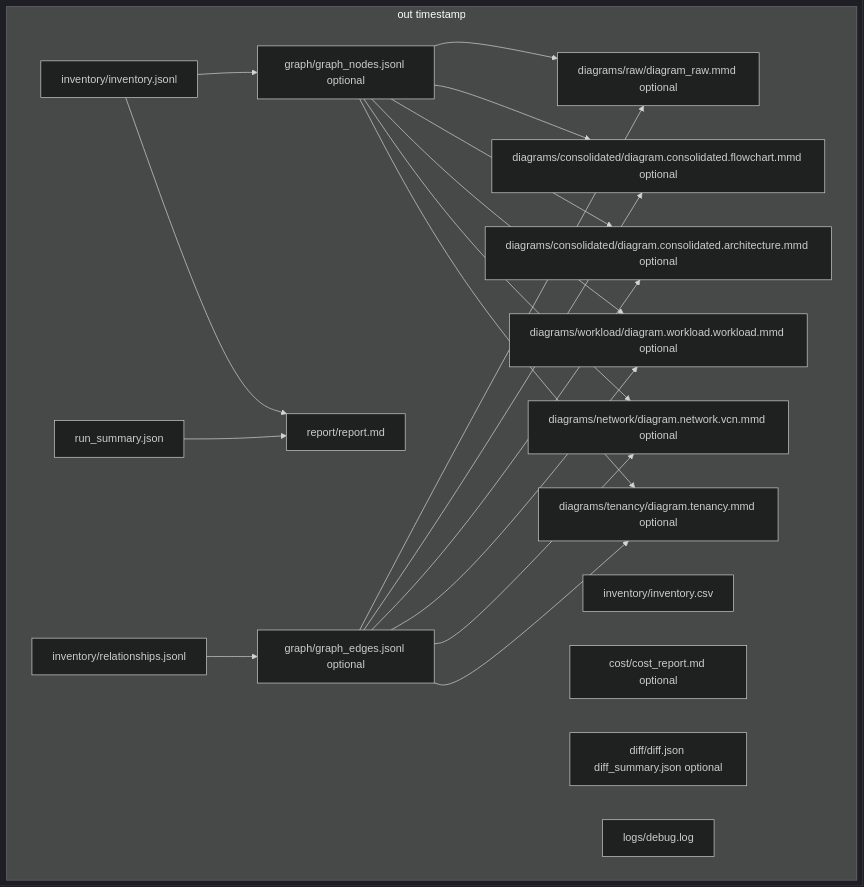
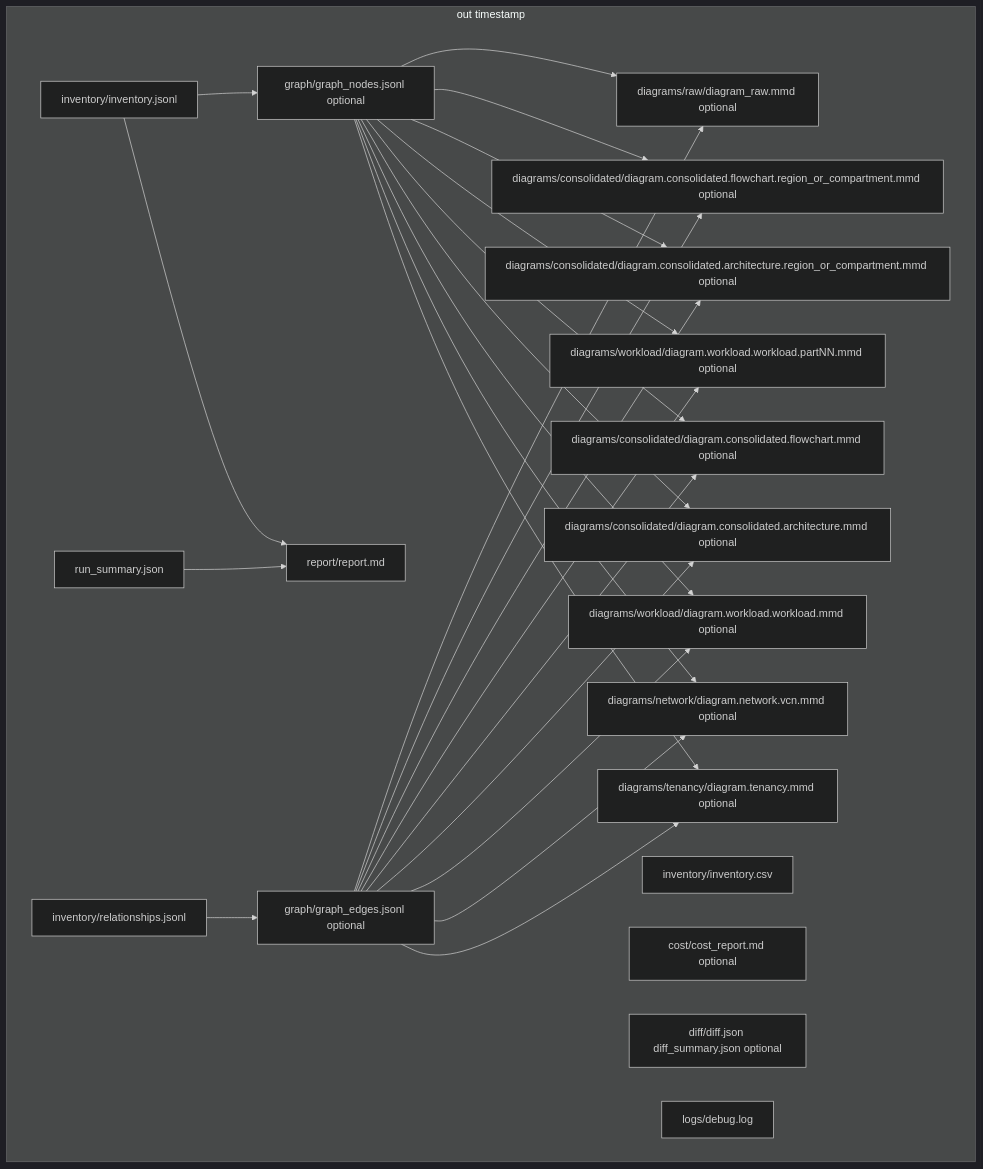
One commit to javierchan/oci changed the second of 2 diagrams in inventory/README.md. Above: the diagram before and after it, drawn with Mermaid (dark theme). The commit also changed other lines of this file and 7 other files, not shown here.

First line of the commit message:
Add diagram summary to run report generation

````diff
--- a/inventory/README.md
+++ b/inventory/README.md
@@ -366,37 +368,46 @@
 ```mermaid
 flowchart TB
 subgraph out_ts[out timestamp]
     inv[inventory/inventory.jsonl]
     csv[inventory/inventory.csv]
     rel[inventory/relationships.jsonl]
     nodes[graph/graph_nodes.jsonl optional]
     edges[graph/graph_edges.jsonl optional]
     raw[diagrams/raw/diagram_raw.mmd optional]
     ten[diagrams/tenancy/diagram.tenancy.mmd optional]
     net[diagrams/network/diagram.network.vcn.mmd optional]
     wl[diagrams/workload/diagram.workload.workload.mmd optional]
+    wl_parts[diagrams/workload/diagram.workload.workload.partNN.mmd optional]
     cons[diagrams/consolidated/diagram.consolidated.architecture.mmd optional]
     cons_fc[diagrams/consolidated/diagram.consolidated.flowchart.mmd optional]
+    cons_split[diagrams/consolidated/diagram.consolidated.architecture.region_or_compartment.mmd optional]
+    cons_fc_split[diagrams/consolidated/diagram.consolidated.flowchart.region_or_compartment.mmd optional]
     rpt[report/report.md]
     sum[run_summary.json]
     cost[cost/cost_report.md optional]
     diff[diff/diff.json diff_summary.json optional]
     log[logs/debug.log]
   end
   inv --> rpt
   sum --> rpt
   inv --> nodes
   rel --> edges
   nodes --> ten
   edges --> ten
   nodes --> net
   edges --> net
   nodes --> wl
   edges --> wl
   nodes --> cons
   edges --> cons
   nodes --> cons_fc
   edges --> cons_fc
+  nodes --> wl_parts
+  edges --> wl_parts
+  nodes --> cons_split
+  edges --> cons_split
+  nodes --> cons_fc_split
+  edges --> cons_fc_split
   nodes --> raw
   edges --> raw
 ```
````
